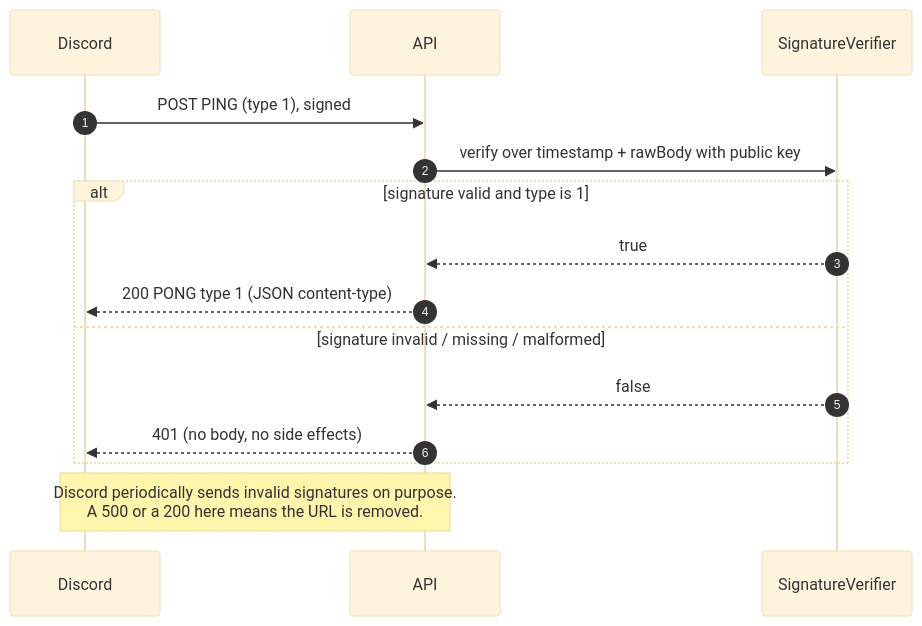
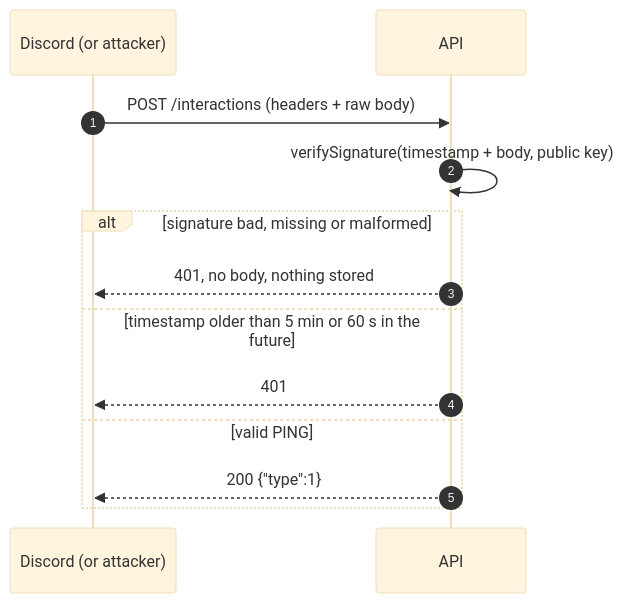
The tenth of 17 diagrams in architecture/docs/DESIGN.md (RohanUrankar/discord-report-line), drawn with Mermaid (base theme) before and after one commit. The commit also changed other lines of this file, not shown here.

````diff
--- a/architecture/docs/DESIGN.md
+++ b/architecture/docs/DESIGN.md
@@ -816,18 +866,15 @@
 ```mermaid
 sequenceDiagram
     autonumber
-    participant D as Discord
+    participant D as Discord (or attacker)
     participant A as API
-    participant V as SignatureVerifier
-
-    D->>A: POST PING (type 1), signed
-    A->>V: verify over timestamp + rawBody with public key
-    alt signature valid and type is 1
-        V-->>A: true
-        A-->>D: 200 PONG type 1 (JSON content-type)
-    else signature invalid / missing / malformed
-        V-->>A: false
-        A-->>D: 401 (no body, no side effects)
+    D->>A: POST /interactions (headers + raw body)
+    A->>A: verifySignature(timestamp + body, public key)
+    alt signature bad, missing or malformed
+        A-->>D: 401, no body, nothing stored
+    else timestamp older than 5 min or 60 s in the future
+        A-->>D: 401
+    else valid PING
+        A-->>D: 200 {"type":1}
     end
-    Note over D,A: Discord periodically sends invalid signatures on purpose.<br/>A 500 or a 200 here means the URL is removed.
 ```
````
